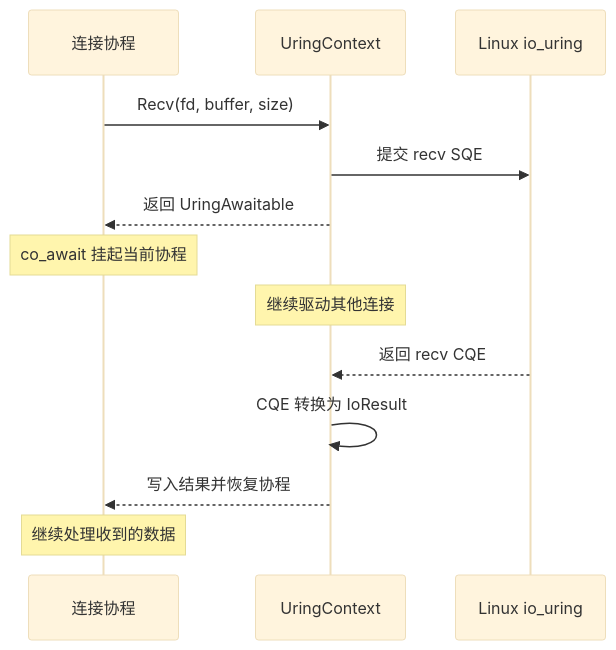
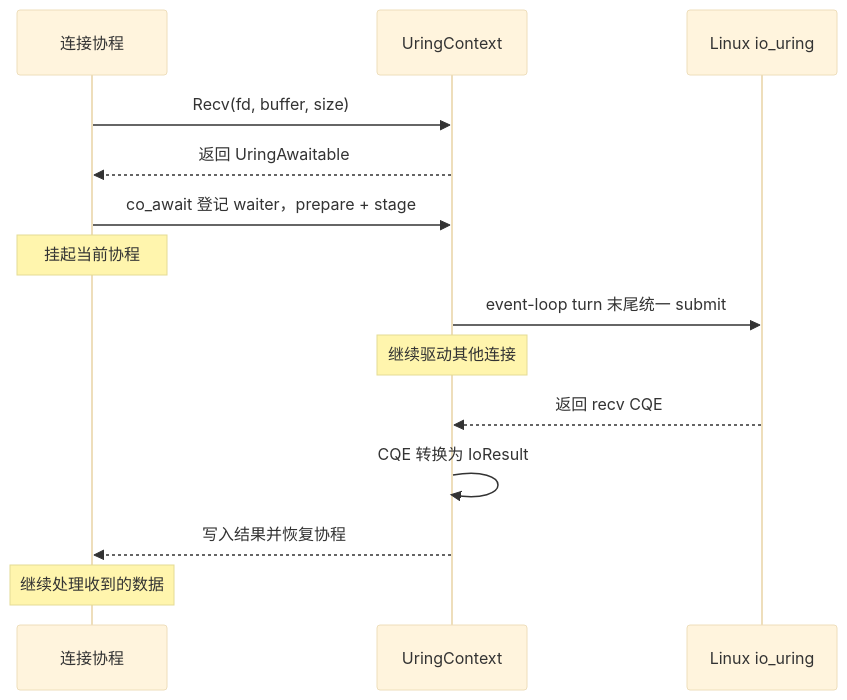
Before and after one commit to yuedongcun/xrpc-cpp: the first of 5 diagrams in docs/io-runtime.md, drawn with Mermaid (base theme). The commit also changed other lines of this file and 6 other files, not shown here.

````diff
--- a/docs/io-runtime.md
+++ b/docs/io-runtime.md
@@ -24,16 +24,17 @@
 ```mermaid
 sequenceDiagram
     participant C as 连接协程
     participant U as UringContext
     participant K as Linux io_uring
 
     C->>U: Recv(fd, buffer, size)
-    U->>K: 提交 recv SQE
     U-->>C: 返回 UringAwaitable
-    Note over C: co_await 挂起当前协程
+    C->>U: co_await 登记 waiter，prepare + stage
+    Note over C: 挂起当前协程
+    U->>K: event-loop turn 末尾统一 submit
     Note over U: 继续驱动其他连接
     K-->>U: 返回 recv CQE
     U->>U: CQE 转换为 IoResult
     U-->>C: 写入结果并恢复协程
     Note over C: 继续处理收到的数据
 ```
````
